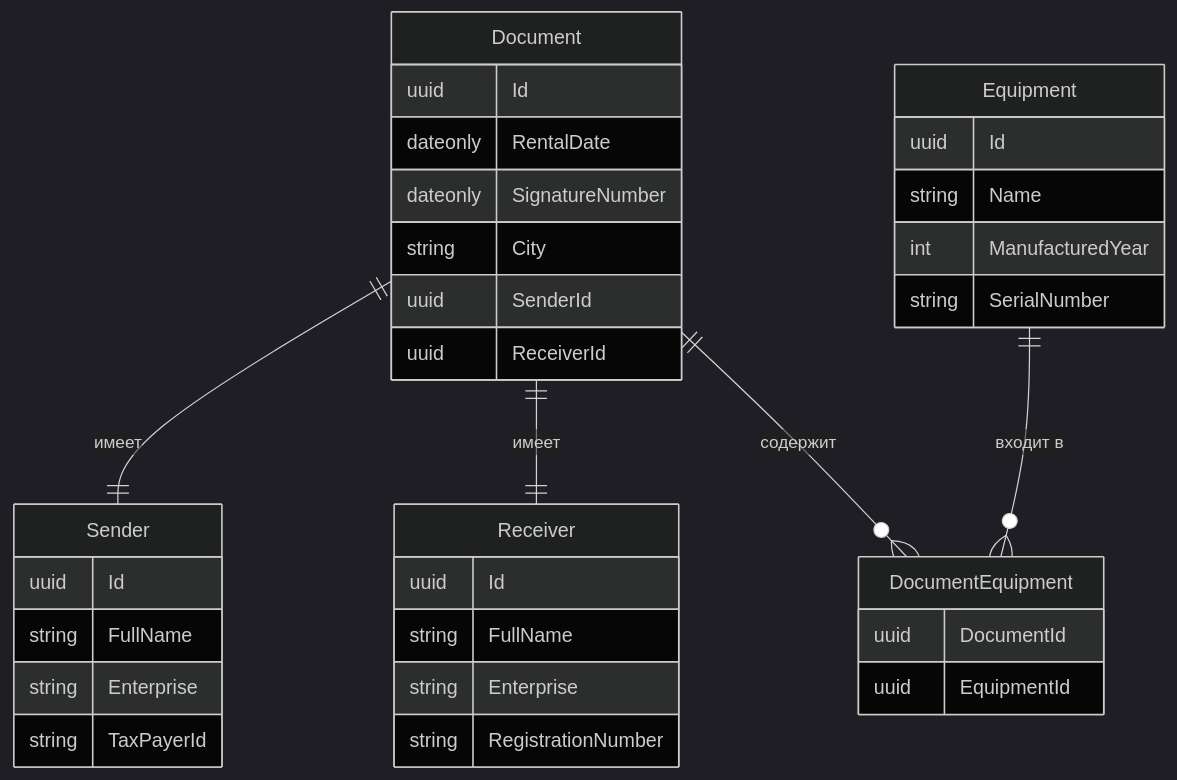
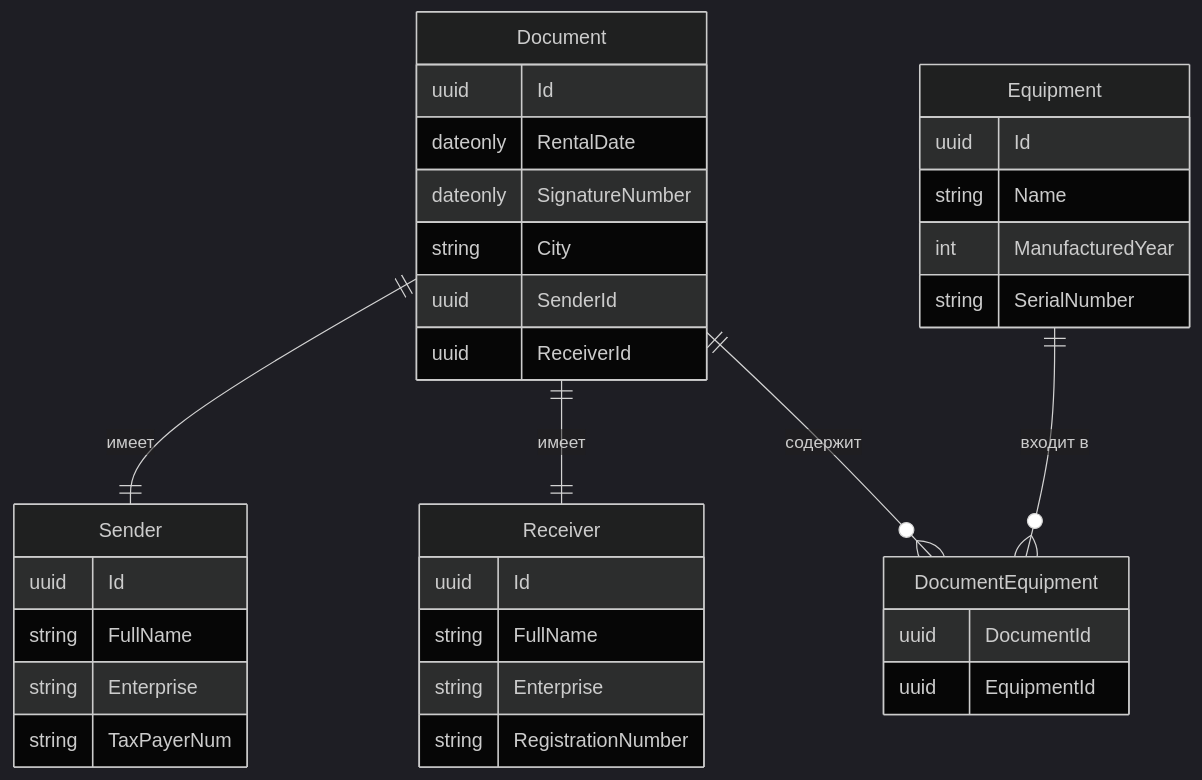
Before and after one commit to vaymanbanger/EquipHandover: the diagram in README.md, drawn with Mermaid (dark theme). The commit also changed 11 other files, not shown here.

````diff
--- a/README.md
+++ b/README.md
@@ -4,41 +4,41 @@
 ```mermaid
 erDiagram
     Document ||--|| Sender : "имеет"
     Document ||--|| Receiver : "имеет"
     Document ||--o{ DocumentEquipment : "содержит"
     Document {
         uuid Id
         dateonly RentalDate
         dateonly SignatureNumber
         string City
         uuid SenderId
         uuid ReceiverId
     }
     
     Sender {
         uuid Id
         string FullName
         string Enterprise
-        string TaxPayerId
+        string TaxPayerNum
     }
     
     Receiver {
         uuid Id
         string FullName
         string Enterprise
         string RegistrationNumber
     }
     
     Equipment ||--o{ DocumentEquipment : "входит в"
     Equipment {
         uuid Id
         string Name
         int ManufacturedYear
         string SerialNumber
     }
     
     DocumentEquipment {
         uuid DocumentId
         uuid EquipmentId
     }
 ```
````
